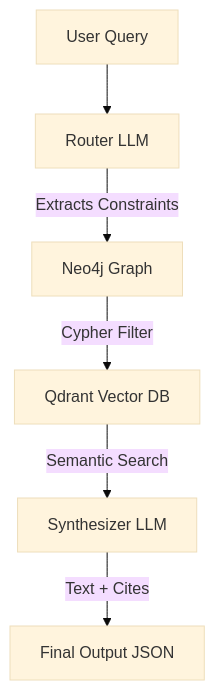
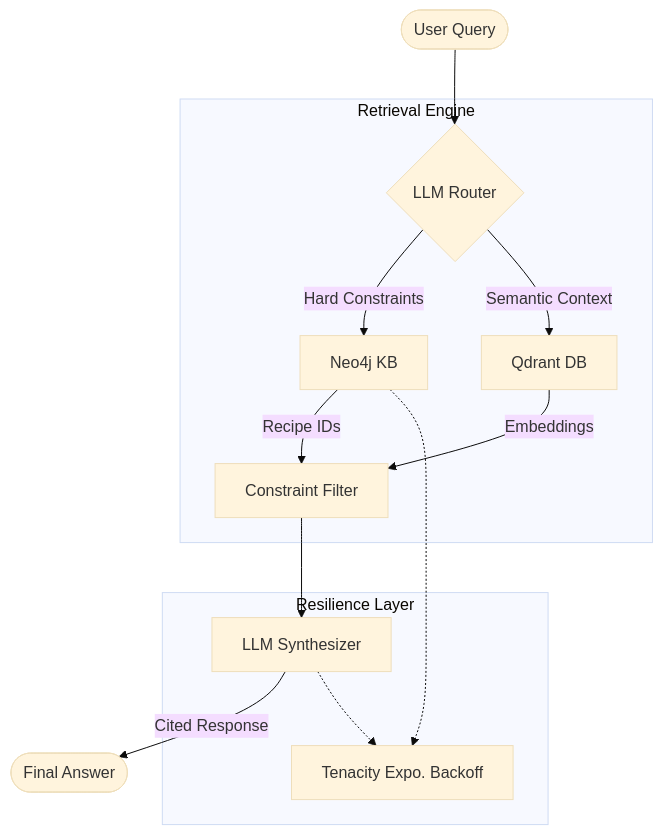
The diagram in README.md (dvydinh/domain-specific-multimodal-RAG-system), drawn with Mermaid (base theme) before and after one commit. The commit also changed other lines of this file, not shown here.

Commit message:
docs: overhaul readme with architectural diagrams and benchmark analysis

````diff
--- a/README.md
+++ b/README.md
@@ -32,8 +16,19 @@
 ```mermaid
-flowchart TD
-    Q[User Query] --> R[Router LLM]
-    R -- Extracts Constraints --> G[Neo4j Graph]
-    G -- Cypher Filter --> V[Qdrant Vector DB]
-    V -- Semantic Search --> S[Synthesizer LLM]
-    S -- Text + Cites --> O[Final Output JSON]
+graph TD
+    User([User Query]) --> Router{LLM Router}
+    
+    subgraph "Retrieval Engine"
+        Router -- "Hard Constraints" --> Graph[Neo4j KB]
+        Router -- "Semantic Context" --> Vector[Qdrant DB]
+        Graph -- "Recipe IDs" --> Filter[Constraint Filter]
+        Vector -- "Embeddings" --> Filter
+    end
+    
+    Filter --> Synthesizer[LLM Synthesizer]
+    Synthesizer -- "Cited Response" --> Output([Final Answer])
+    
+    subgraph "Resilience Layer"
+        Synthesizer -.-> Backoff[Tenacity Expo. Backoff]
+        Graph -.-> Backoff
+    end
 ```
````
